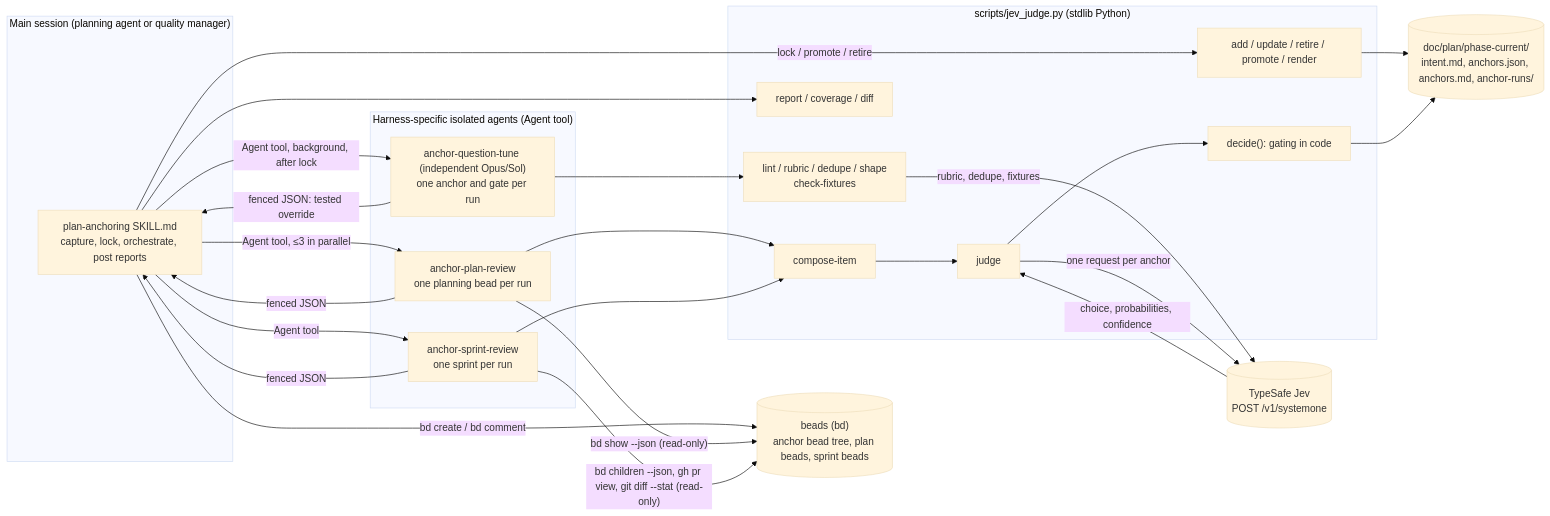
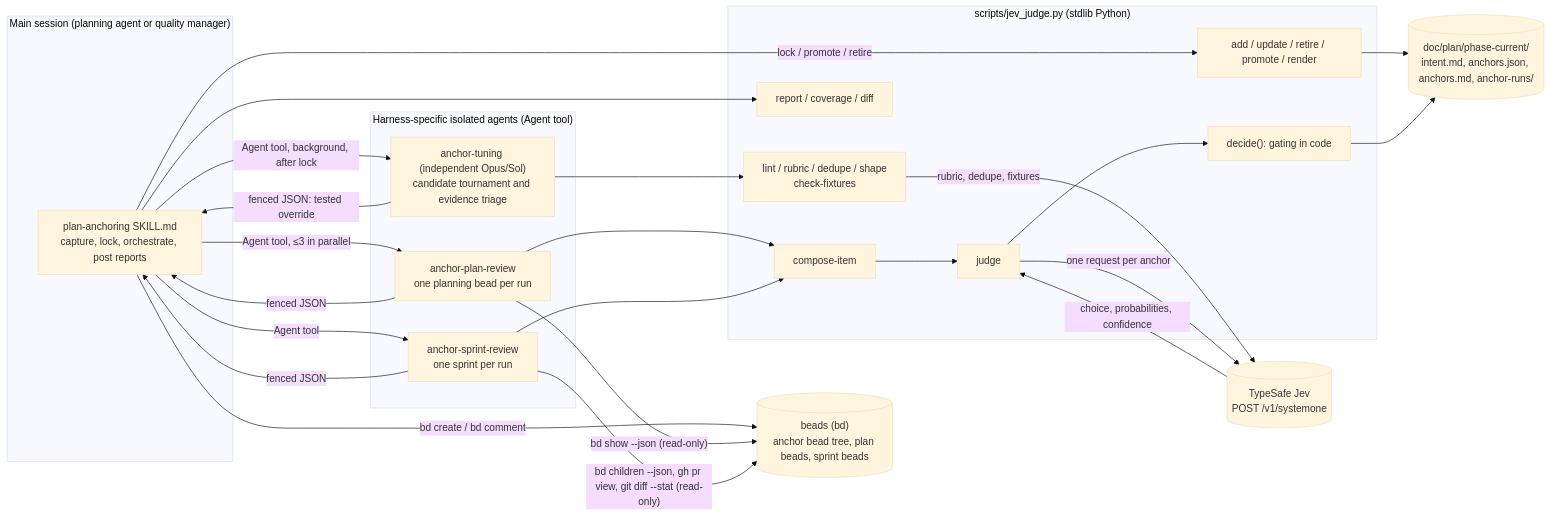
The first of 5 diagrams in docs/design/architecture-and-call-graphs.md (ehrvs/plan-anchor), drawn with Mermaid (base theme) before and after one commit. The commit also changed 451 other files, not shown here.

````diff
--- a/docs/design/architecture-and-call-graphs.md
+++ b/docs/design/architecture-and-call-graphs.md
@@ -11,45 +11,45 @@
 ```mermaid
 flowchart LR
     subgraph Session["Main session (planning agent or quality manager)"]
         Skill["plan-anchoring SKILL.md<br/>capture, lock, orchestrate, post reports"]
     end
 
     subgraph Agents["Harness-specific isolated agents (Agent tool)"]
         PlanAgent["anchor-plan-review<br/>one planning bead per run"]
         SprintAgent["anchor-sprint-review<br/>one sprint per run"]
-        Tuner["anchor-question-tune (independent Opus/Sol)<br/>one anchor and gate per run"]
+        Tuner["anchor-tuning (independent Opus/Sol)<br/>candidate tournament and evidence triage"]
     end
 
     subgraph Script["scripts/jev_judge.py (stdlib Python)"]
         Compose["compose-item"]
         Judge["judge"]
         Gate["decide(): gating in code"]
         Report["report / coverage / diff"]
         Record["add / update / retire / promote / render"]
         Quality["lint / rubric / dedupe / shape<br/>check-fixtures"]
     end
 
     Jev[("TypeSafe Jev<br/>POST /v1/systemone")]
     Beads[("beads (bd)<br/>anchor bead tree, plan beads, sprint beads")]
     Docs[("doc/plan/phase-current/<br/>intent.md, anchors.json, anchors.md, anchor-runs/")]
 
     Skill -- "lock / promote / retire" --> Record
     Record --> Docs
     Skill -- "bd create / bd comment" --> Beads
     Skill -- "Agent tool, ≤3 in parallel" --> PlanAgent
     Skill -- "Agent tool" --> SprintAgent
     Skill -- "Agent tool, background, after lock" --> Tuner
     Tuner --> Quality
     Quality -- "rubric, dedupe, fixtures" --> Jev
     Tuner -- "fenced JSON: tested override" --> Skill
     PlanAgent -- "bd show --json (read-only)" --> Beads
     SprintAgent -- "bd children --json, gh pr view, git diff --stat (read-only)" --> Beads
     PlanAgent --> Compose --> Judge
     SprintAgent --> Compose
     Judge -- "one request per anchor" --> Jev
     Jev -- "choice, probabilities, confidence" --> Judge
     Judge --> Gate --> Docs
     PlanAgent -- "fenced JSON" --> Skill
     SprintAgent -- "fenced JSON" --> Skill
     Skill --> Report
 ```
````
